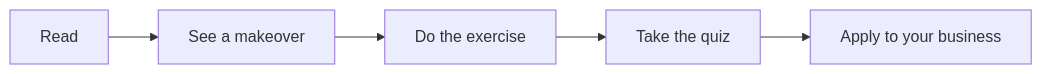
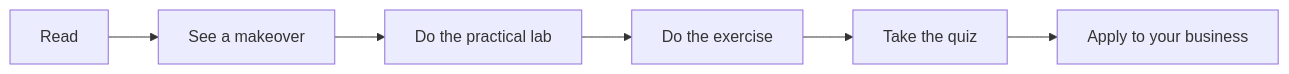
One commit to ABVicky/Digital-Marketing-by-Vicky changed the diagram in modules/00-welcome.md. Above: the diagram before and after it, drawn with Mermaid. The commit also changed other lines of this file and 75 other files, not shown here.

````diff
--- a/modules/00-welcome.md
+++ b/modules/00-welcome.md
@@ -90,4 +90,4 @@
 ```mermaid
 flowchart LR
-  A["Read"] --> B["See a makeover"] --> C["Do the exercise"] --> D["Take the quiz"] --> E["Apply to your business"]
+  A["Read"] --> B["See a makeover"] --> L["Do the practical lab"] --> C["Do the exercise"] --> D["Take the quiz"] --> E["Apply to your business"]
 ```
````
